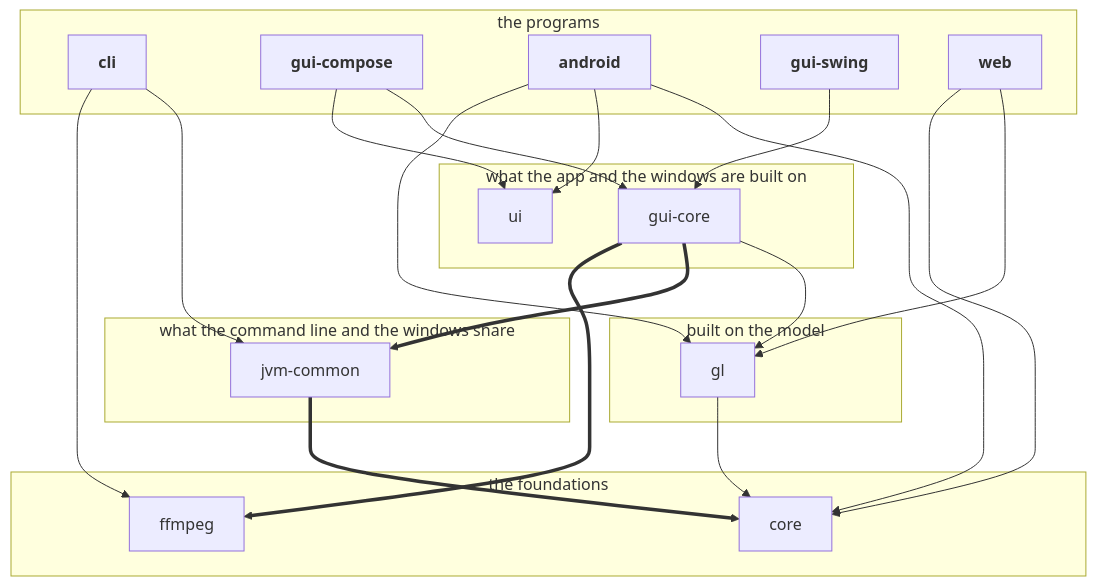
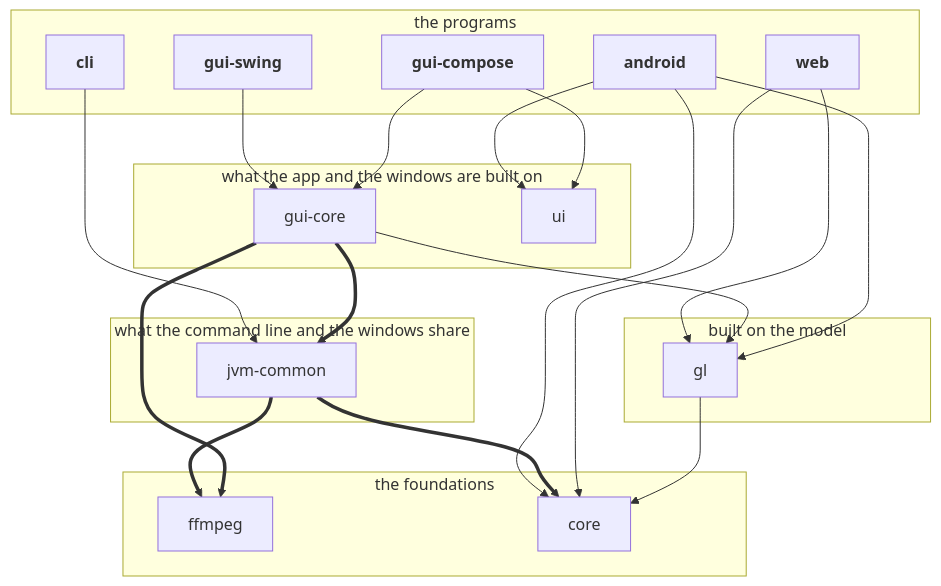
Before and after one commit to loplex/sandbox_testing_repo_1: the first of 4 diagrams in docs/developing.md, drawn with Mermaid. The commit also changed other lines of this file and 7 other files, not shown here.

First line of the commit message:
refactor: move the conversions into jvm-common for the windows

````diff
--- a/docs/developing.md
+++ b/docs/developing.md
@@ -108,41 +108,41 @@
 ```mermaid
 graph TD
     subgraph programs [the programs]
         cli
         gui-compose
         android
         gui-swing
         web
     end
     subgraph frames [what the app and the windows are built on]
         gui-core
         ui
     end
     subgraph jvm [what the command line and the windows share]
         jvm-common
     end
     subgraph services [built on the model]
         gl
     end
     subgraph foundations [the foundations]
         ffmpeg
         core
     end
     gl --> core
     gui-compose --> ui
     android --> gl
     web --> core
     gui-compose --> gui-core
     gui-core ==> ffmpeg
     jvm-common ==> core
     android --> ui
-    cli --> ffmpeg
     gui-swing --> gui-core
     gui-core ==> jvm-common
     gui-core --> gl
     web --> gl
     cli --> jvm-common
+    jvm-common ==> ffmpeg
     android --> core
     classDef program font-weight:bold
     class android,gui-compose,gui-swing,web,cli program
 ```
````
